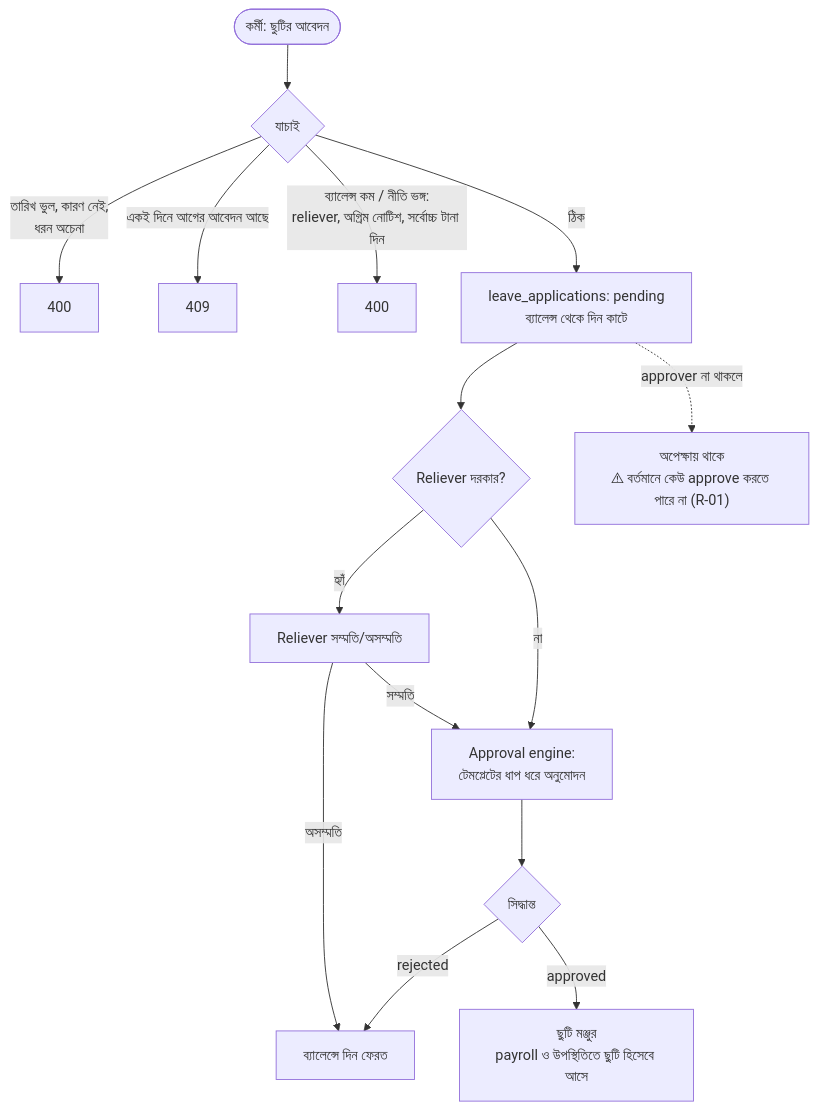
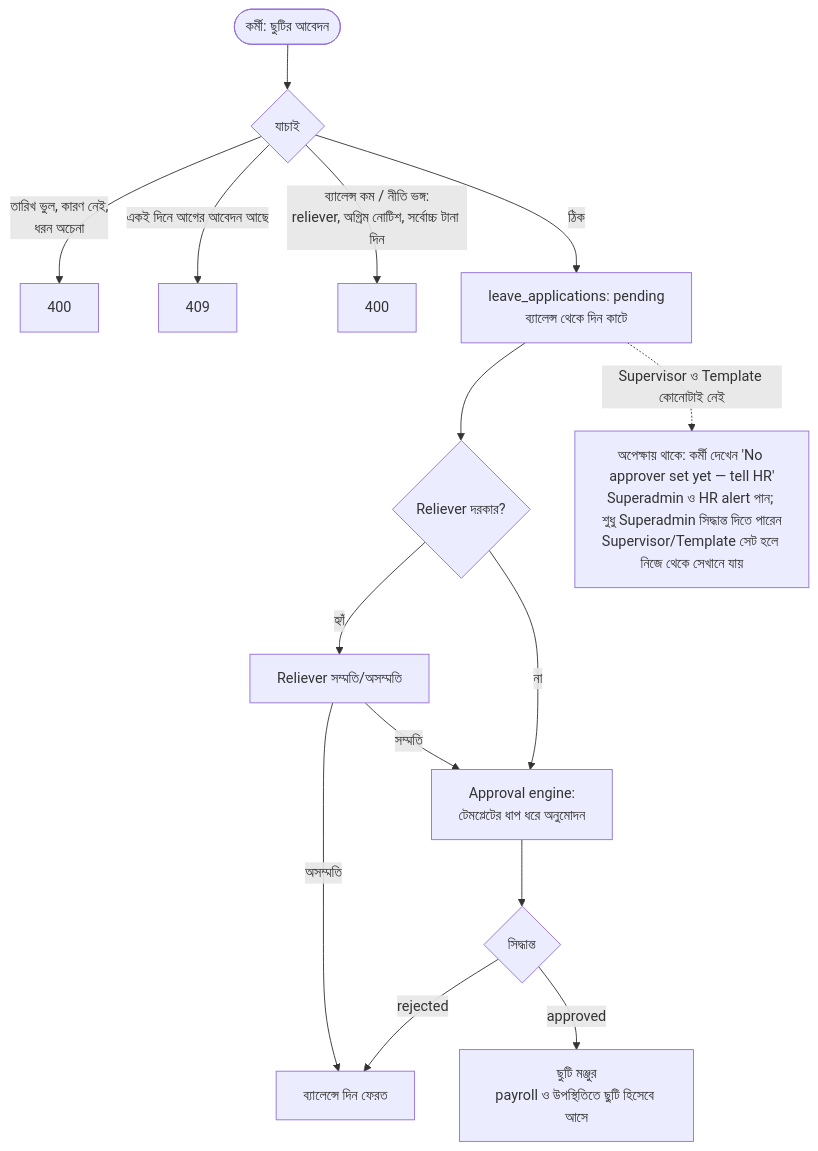
One commit to ruhulamencredence/CredenceHR changed the sixth of 13 diagrams in docs/architecture/02-application-workflow.md. Above: the diagram before and after it, drawn with Mermaid. The commit also changed other lines of this file and 11 other files, not shown here.

First line of the commit message:
Approvals: say plainly when a request has no approver yet

````diff
--- a/docs/architecture/02-application-workflow.md
+++ b/docs/architecture/02-application-workflow.md
@@ -165,17 +165,17 @@
 ```mermaid
 flowchart TD
   A([কর্মী: ছুটির আবেদন]) --> V{"যাচাই"}
   V -->|তারিখ ভুল, কারণ নেই,<br/>ধরন অচেনা| X1["400"]
   V -->|একই দিনে আগের আবেদন আছে| X2["409"]
   V -->|ব্যালেন্স কম / নীতি ভঙ্গ:<br/>reliever, অগ্রিম নোটিশ, সর্বোচ্চ টানা দিন| X3["400"]
   V -->|ঠিক| S["leave_applications: pending<br/>ব্যালেন্স থেকে দিন কাটে"]
   S --> RL{"Reliever দরকার?"}
   RL -- হ্যাঁ --> R1["Reliever সম্মতি/অসম্মতি"]
   R1 -- অসম্মতি --> RJ
   R1 -- সম্মতি --> AP
   RL -- না --> AP
   AP["Approval engine:<br/>টেমপ্লেটের ধাপ ধরে অনুমোদন"] --> D{"সিদ্ধান্ত"}
   D -- approved --> OK["ছুটি মঞ্জুর<br/>payroll ও উপস্থিতিতে ছুটি হিসেবে আসে"]
   D -- rejected --> RJ["ব্যালেন্সে দিন ফেরত"]
-  S -. approver না থাকলে .-> W["অপেক্ষায় থাকে<br/>⚠ বর্তমানে কেউ approve করতে পারে না (R-01)"]
+  S -. Supervisor ও Template কোনোটাই নেই .-> W["অপেক্ষায় থাকে: কর্মী দেখেন 'No approver set yet — tell HR'<br/>Superadmin ও HR alert পান; শুধু Superadmin সিদ্ধান্ত দিতে পারেন<br/>Supervisor/Template সেট হলে নিজে থেকে সেখানে যায়"]
 ```
````
